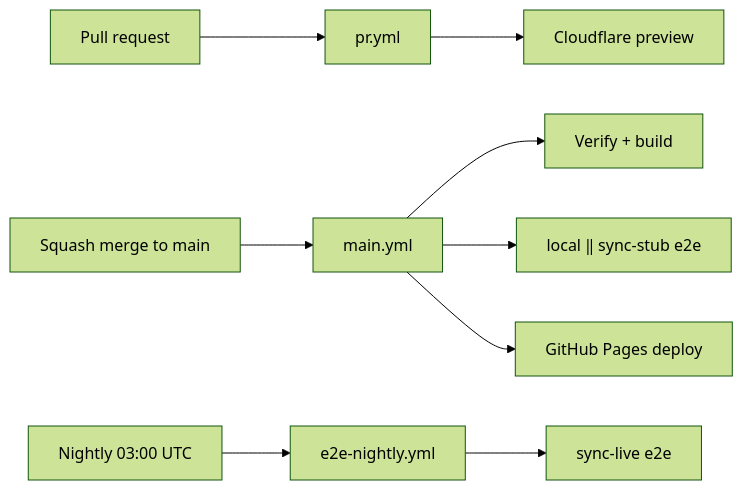
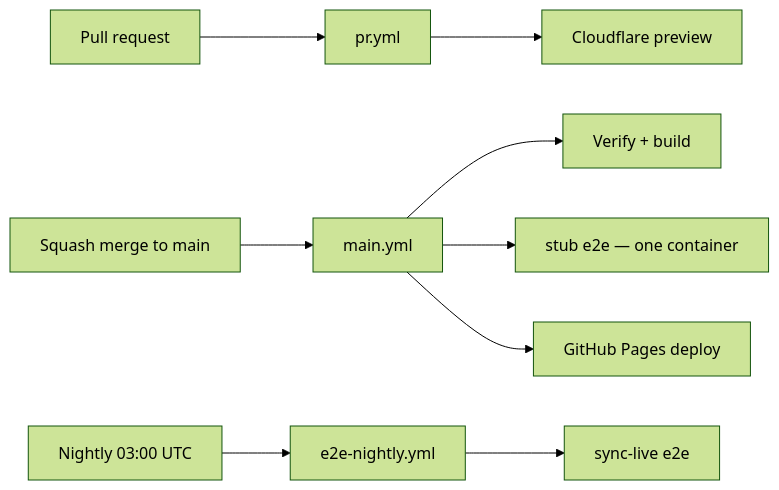
One commit to meta-secret/nook changed the diagram in .cortex/workflows/ci-pipeline.md. Above: the diagram before and after it, drawn with Mermaid (forest theme). The commit also changed other lines of this file and 15 other files, not shown here.

First line of the commit message:
Unify stub Playwright into e2e project and single CI container.

````diff
--- a/.cortex/workflows/ci-pipeline.md
+++ b/.cortex/workflows/ci-pipeline.md
@@ -14,13 +14,13 @@
 ```mermaid
 flowchart LR
   PR[Pull request] --> pr_yml[pr.yml]
   pr_yml --> preview[Cloudflare preview]
 
   merge[Squash merge to main] --> main_yml[main.yml]
   main_yml --> verify[Verify + build]
-  main_yml --> e2e_stub[local ‖ sync-stub e2e]
+  main_yml --> e2e_stub[stub e2e — one container]
   main_yml --> pages[GitHub Pages deploy]
 
   cron[Nightly 03:00 UTC] --> nightly[e2e-nightly.yml]
   nightly --> e2e_live[sync-live e2e]
 ```
````
